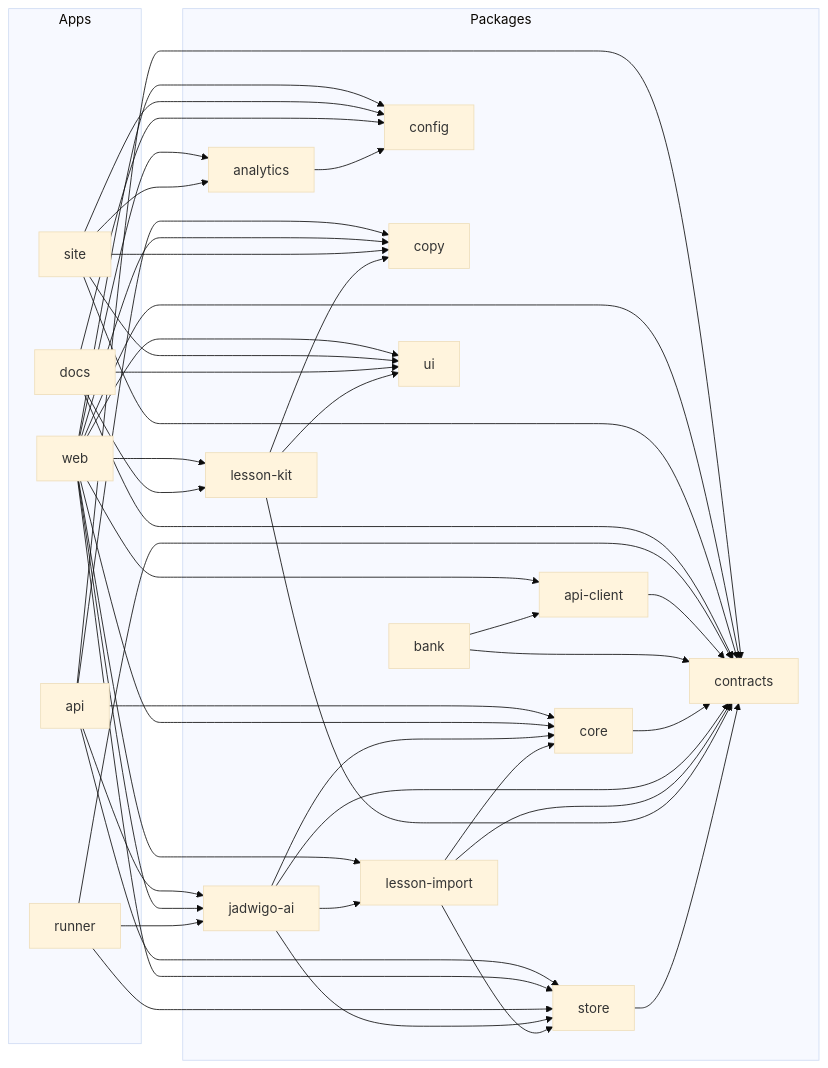
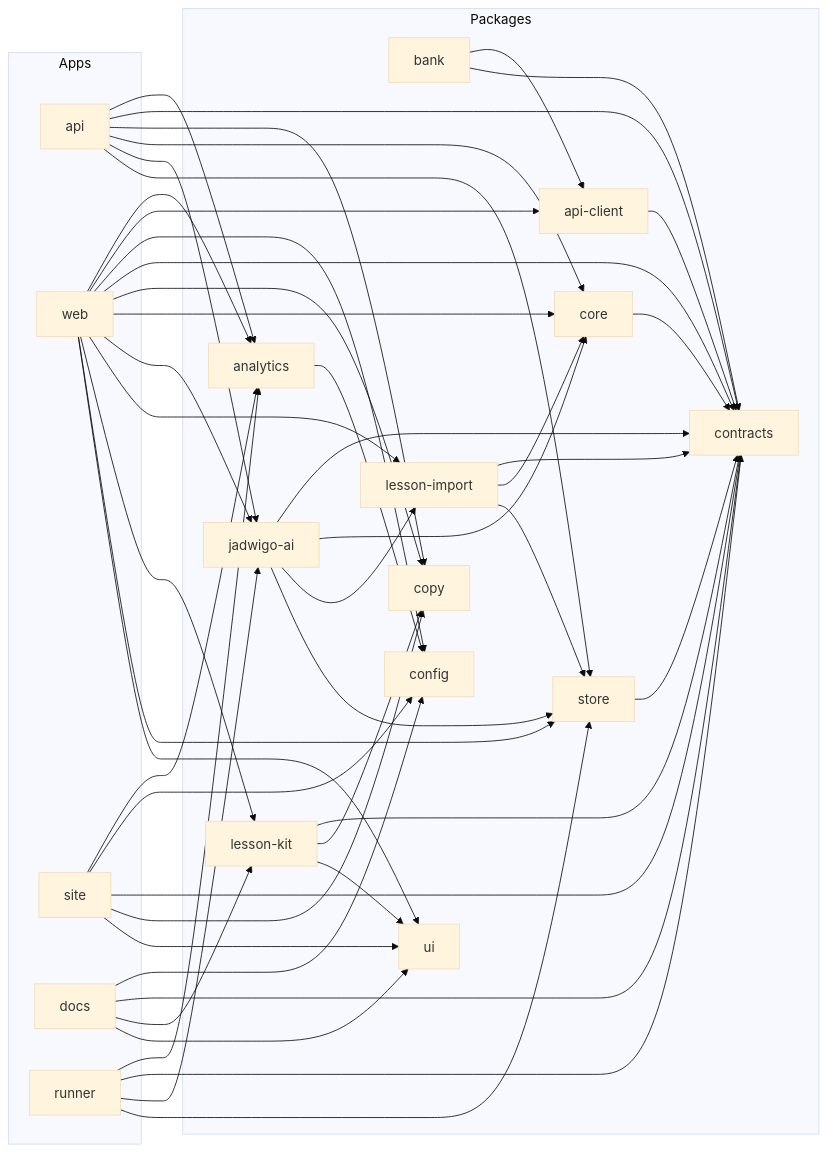
Before and after one commit to vasyl-stanislavchuk/jadwigo-hackathon: the diagram in apps/docs/src/lib/diagrams/monorepo.mmd, drawn with Mermaid (base theme). The commit also changed 1 other file, not shown here.

Commit message:
dl-5ssh.158: the monorepo diagram names the api's and the runner's analytics edge

```diff
--- a/apps/docs/src/lib/diagrams/monorepo.mmd
+++ b/apps/docs/src/lib/diagrams/monorepo.mmd
@@ -1,66 +1,68 @@
 flowchart LR
   subgraph apps [Apps]
     api
     web
     site
     docs
     runner
   end
   subgraph packages [Packages]
     analytics
     api_client["api-client"]
     bank
     config
     contracts
     copy
     core
     jadwigo_ai["jadwigo-ai"]
     lesson_import["lesson-import"]
     lesson_kit["lesson-kit"]
     store
     ui
   end
+  api --> analytics
   api --> contracts
   api --> copy
   api --> core
   api --> jadwigo_ai
   api --> store
   web --> analytics
   web --> api_client
   web --> config
   web --> contracts
   web --> copy
   web --> core
   web --> jadwigo_ai
   web --> lesson_import
   web --> lesson_kit
   web --> store
   web --> ui
   site --> analytics
   site --> config
   site --> contracts
   site --> copy
   site --> ui
   docs --> config
   docs --> contracts
   docs --> lesson_kit
   docs --> ui
+  runner --> analytics
   runner --> contracts
   runner --> jadwigo_ai
   runner --> store
   analytics --> config
   api_client --> contracts
   bank --> api_client
   bank --> contracts
   core --> contracts
   jadwigo_ai --> contracts
   jadwigo_ai --> core
   jadwigo_ai --> lesson_import
   jadwigo_ai --> store
   lesson_import --> contracts
   lesson_import --> core
   lesson_import --> store
   lesson_kit --> contracts
   lesson_kit --> copy
   lesson_kit --> ui
   store --> contracts
```
